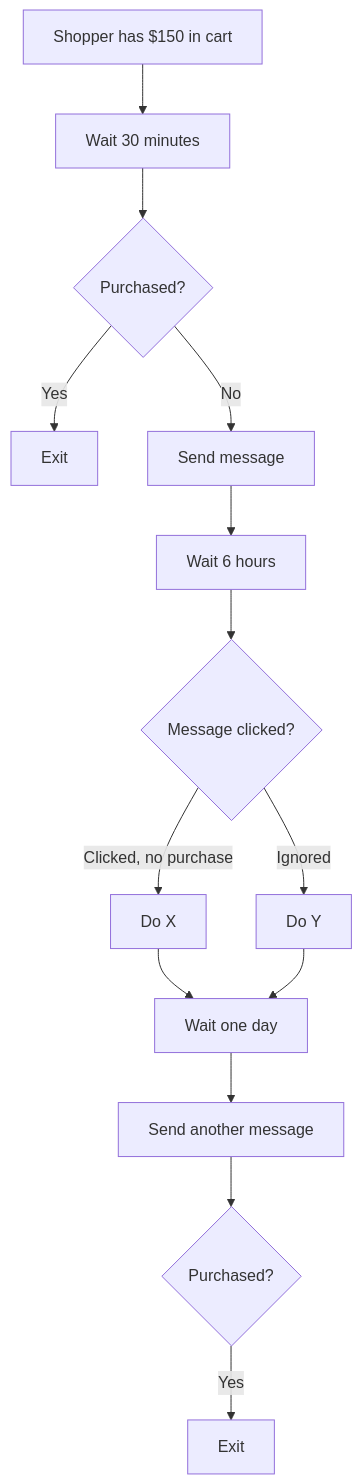
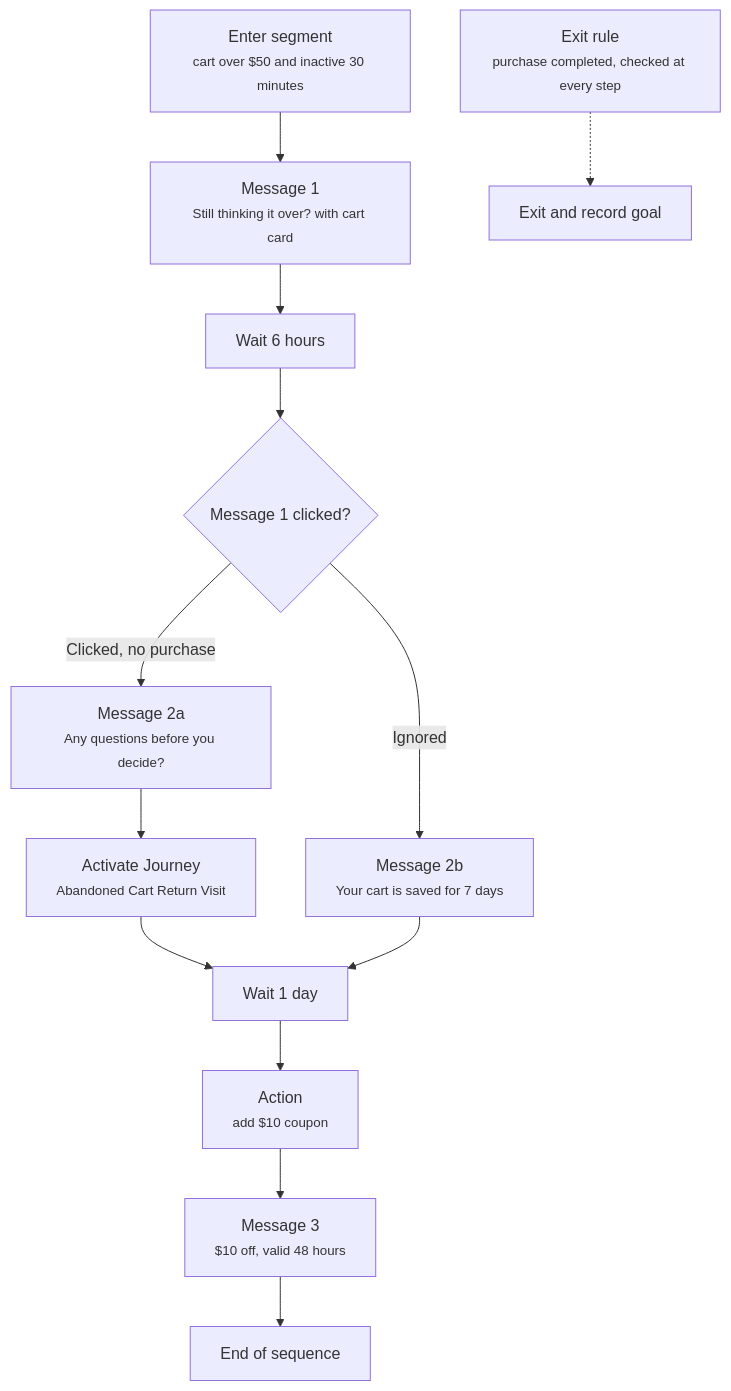
One commit to crossword-ai/docs changed the diagram in orchestration/journeys-vs-campaigns.mdx. Above: the diagram before and after it, drawn with Mermaid. The commit also changed other lines of this file and 89 other files, not shown here.

````diff
--- a/orchestration/journeys-vs-campaigns.mdx
+++ b/orchestration/journeys-vs-campaigns.mdx
@@ -40,16 +36,15 @@
 ```mermaid
 flowchart TB
-  A["Shopper has $150 in cart"] --> B["Wait 30 minutes"]
-  B --> C{"Purchased?"}
-  C -- Yes --> X1["Exit"]
-  C -- No --> D["Send message"]
-  D --> E["Wait 6 hours"]
-  E --> F{"Message clicked?"}
-  F -- "Clicked, no purchase" --> G["Do X"]
-  F -- Ignored --> H["Do Y"]
-  G --> I["Wait one day"]
-  H --> I
-  I --> J["Send another message"]
-  J --> K{"Purchased?"}
-  K -- Yes --> X2["Exit"]
+  A["Enter segment<br/><small>cart over $50 and inactive 30 minutes</small>"] --> B["Message 1<br/><small>Still thinking it over? with cart card</small>"]
+  B --> C["Wait 6 hours"]
+  C --> D{"Message 1 clicked?"}
+  D -- "Clicked, no purchase" --> E["Message 2a<br/><small>Any questions before you decide?</small>"]
+  E --> F["Activate Journey<br/><small>Abandoned Cart Return Visit</small>"]
+  D -- Ignored --> G["Message 2b<br/><small>Your cart is saved for 7 days</small>"]
+  F --> H["Wait 1 day"]
+  G --> H
+  H --> I["Action<br/><small>add $10 coupon</small>"]
+  I --> J["Message 3<br/><small>$10 off, valid 48 hours</small>"]
+  J --> K["End of sequence"]
+  X["Exit rule<br/><small>purchase completed, checked at every step</small>"] -.-> Z["Exit and record goal"]
 ```
````
